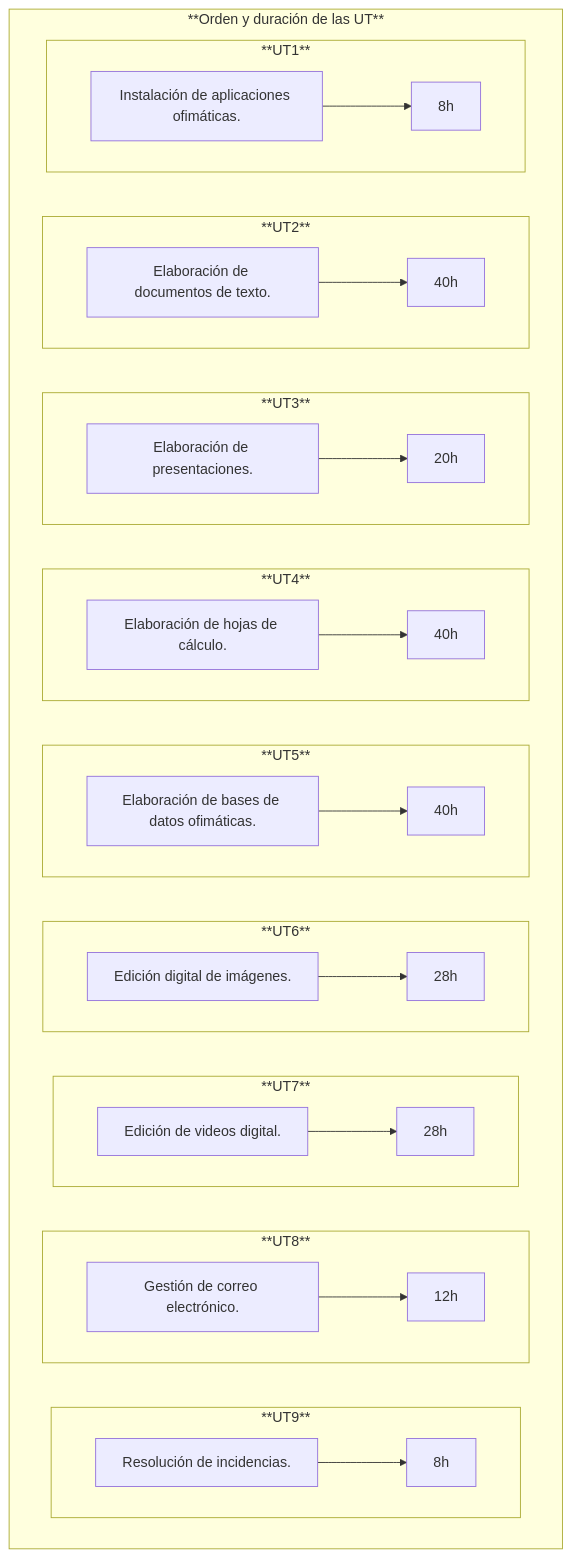
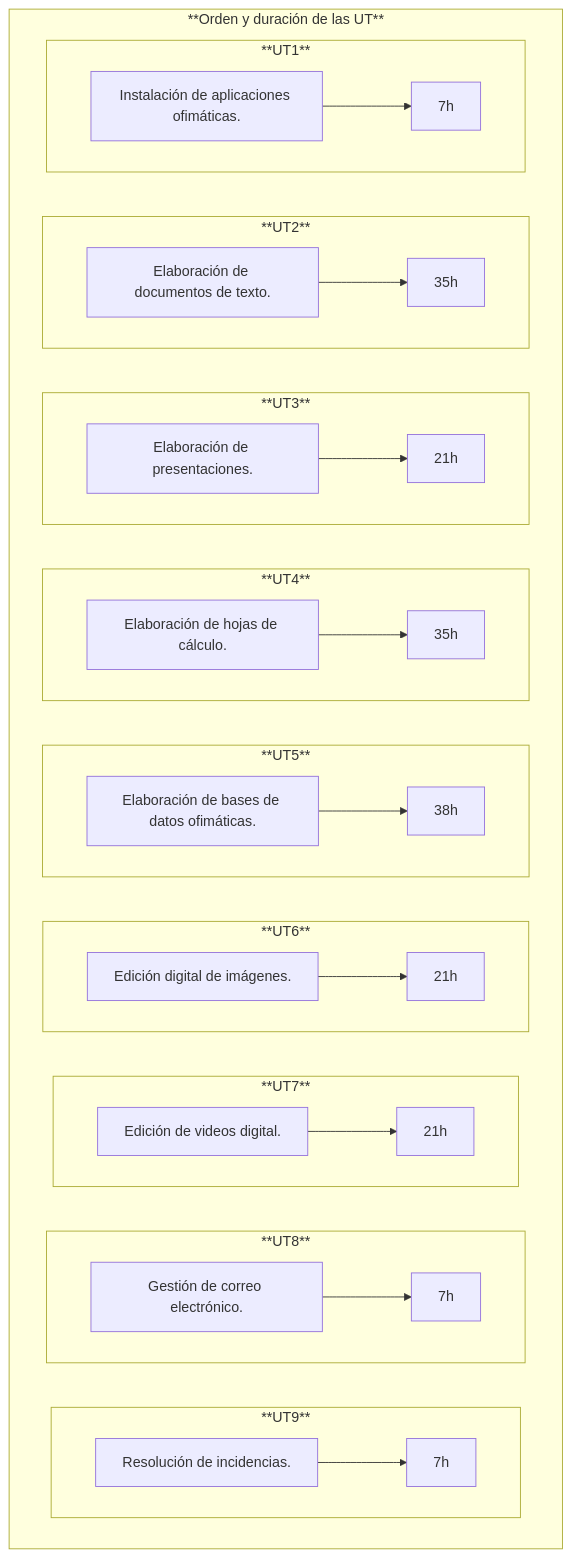
Before and after one commit to javieregeablasco/Apuntes: the diagram in docs/SMX/SMX_1/AO/00_Temario.md, drawn with Mermaid. The commit also changed 16 other files, not shown here.

````diff
--- a/docs/SMX/SMX_1/AO/00_Temario.md
+++ b/docs/SMX/SMX_1/AO/00_Temario.md
@@ -360,71 +360,71 @@
 ```mermaid
 flowchart TB 
   A["Instalación de aplicaciones ofimáticas."]
   B["Elaboración de documentos de texto."]
   C["Elaboración de presentaciones."]
   D["Elaboración de hojas de cálculo."]
   E["Elaboración de bases de datos ofimáticas."]
   F["Edición digital de imágenes."]
   G["Edición de videos digital."]
   H["Gestión de correo electrónico."]
   I["Resolución de incidencias."]
-  AA["8h"]
-  BB["40h"]
-  CC["20h"]
-  DD["40h"]
-  EE["40h"]
-  FF["28h"]
-  GG["28h"]
-  HH["12h"]
-  II["8h"]
+  AA["7h"]
+  BB["35h"]
+  CC["21h"]
+  DD["35h"]
+  EE["38h"]
+  FF["21h"]
+  GG["21h"]
+  HH["7h"]
+  II["7h"]
 
 
   subgraph **Orden y duración de las UT**
 
     subgraph **UT9** 
       direction LR
       I --> II
     end
     
     subgraph **UT8**  
       direction LR
       H --> HH
     end
     
     subgraph **UT7**  
       direction LR
       G --> GG
     end
     
     subgraph **UT6**  
       direction LR
       F --> FF
     end
     
     subgraph **UT5**  
       direction LR
       E --> EE
     end
     
     subgraph **UT4**  
       direction LR
       D --> DD
     end
     
     subgraph **UT3**  
       direction LR
       C --> CC
     end
 
     subgraph **UT2** 
       direction LR
       B --> BB
     end  
 
     subgraph **UT1** 
       direction LR
       A --> AA  
     end
 
   end
 ```
````
